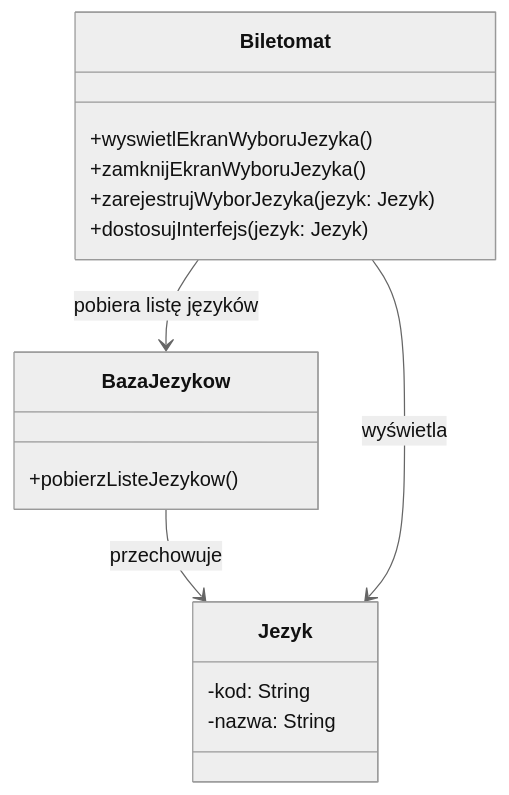
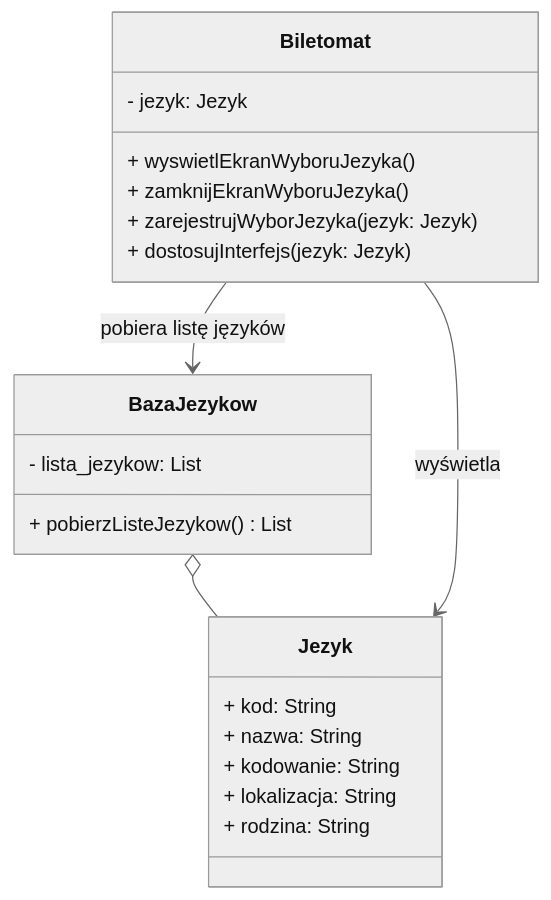
The second of 9 diagrams in biletomat.md (pilukal/MWO), drawn with Mermaid (neutral theme) before and after one commit. The commit also changed other lines of this file, not shown here.

````diff
--- a/biletomat.md
+++ b/biletomat.md
@@ -88,23 +94,27 @@
 ```mermaid
 classDiagram
     class BazaJezykow {
-        +pobierzListeJezykow()
+        - lista_jezykow: List<Jezyk>
+        + pobierzListeJezykow() List<Jezyk>
     }
 
     class Biletomat {
-        +wyswietlEkranWyboruJezyka()
-        +zamknijEkranWyboruJezyka()
-        +zarejestrujWyborJezyka(jezyk: Jezyk)
-        +dostosujInterfejs(jezyk: Jezyk)
+        - jezyk: Jezyk
+        + wyswietlEkranWyboruJezyka()
+        + zamknijEkranWyboruJezyka()
+        + zarejestrujWyborJezyka(jezyk: Jezyk)
+        + dostosujInterfejs(jezyk: Jezyk)
     }
 
     class Jezyk {
-        -kod: String
-        -nazwa: String
+        + kod: String
+        + nazwa: String
+        + kodowanie: String
+        + lokalizacja: String
+        + rodzina: String
     }
 
     Biletomat --> BazaJezykow : pobiera listę języków
-    BazaJezykow --> Jezyk : przechowuje
+    BazaJezykow o-- Jezyk
     Biletomat --> Jezyk : wyświetla
-
 ```
````
